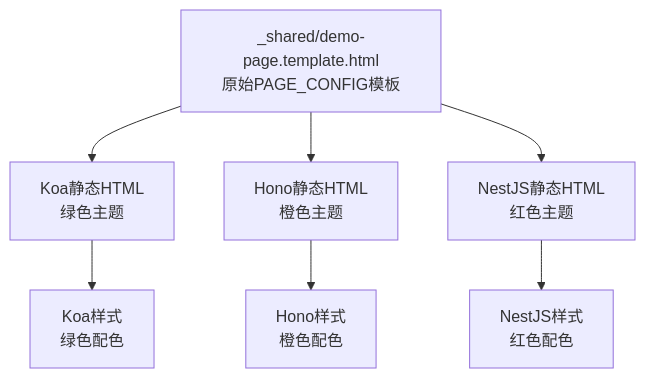
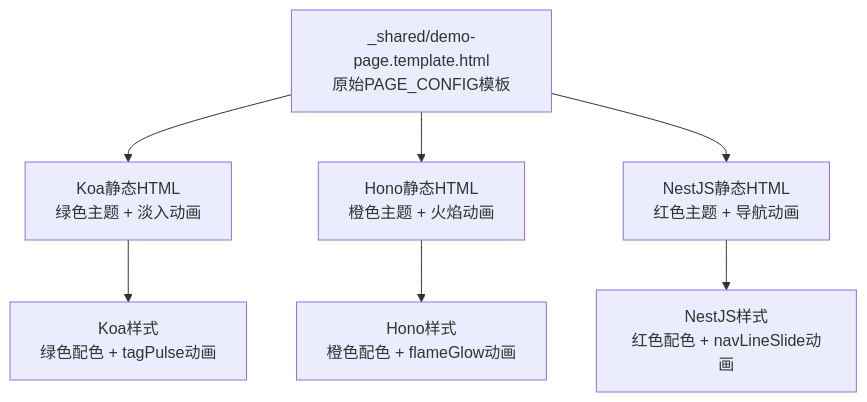
The seventh of 8 diagrams in .qoder/repowiki/zh/content/后端框架测试/Koa、Hono、NestJS框架测试.md (esa-sp/test-for-aone-ci), drawn with Mermaid before and after one commit. The commit also changed other lines of this file and 51 other files, not shown here.

````diff
--- a/.qoder/repowiki/zh/content/后端框架测试/Koa、Hono、NestJS框架测试.md
+++ b/.qoder/repowiki/zh/content/后端框架测试/Koa、Hono、NestJS框架测试.md
@@ -384,9 +503,9 @@
 ```mermaid
 graph TB
-SharedTemplate["_shared/demo-page.template.html<br/>原始PAGE_CONFIG模板"] --> KoaStatic["Koa静态HTML<br/>绿色主题"]
-SharedTemplate --> HonoStatic["Hono静态HTML<br/>橙色主题"]
-SharedTemplate --> NestStatic["NestJS静态HTML<br/>红色主题"]
-KoaStatic --> KoaCSS["Koa样式<br/>绿色配色"]
-HonoStatic --> HonoCSS["Hono样式<br/>橙色配色"]
-NestStatic --> NestCSS["NestJS样式<br/>红色配色"]
+SharedTemplate["_shared/demo-page.template.html<br/>原始PAGE_CONFIG模板"] --> KoaStatic["Koa静态HTML<br/>绿色主题 + 淡入动画"]
+SharedTemplate --> HonoStatic["Hono静态HTML<br/>橙色主题 + 火焰动画"]
+SharedTemplate --> NestStatic["NestJS静态HTML<br/>红色主题 + 导航动画"]
+KoaStatic --> KoaCSS["Koa样式<br/>绿色配色 + tagPulse动画"]
+HonoStatic --> HonoCSS["Hono样式<br/>橙色配色 + flameGlow动画"]
+NestStatic --> NestCSS["NestJS样式<br/>红色配色 + navLineSlide动画"]
 ```
````
